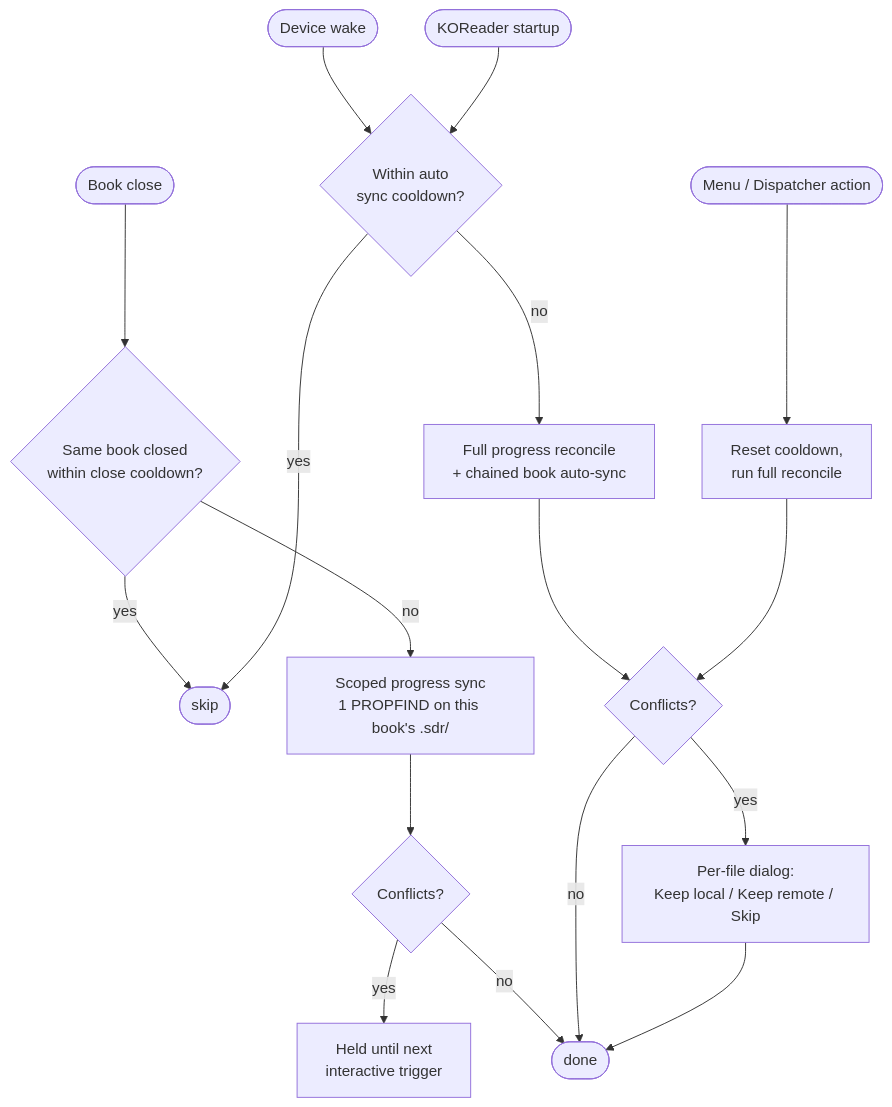
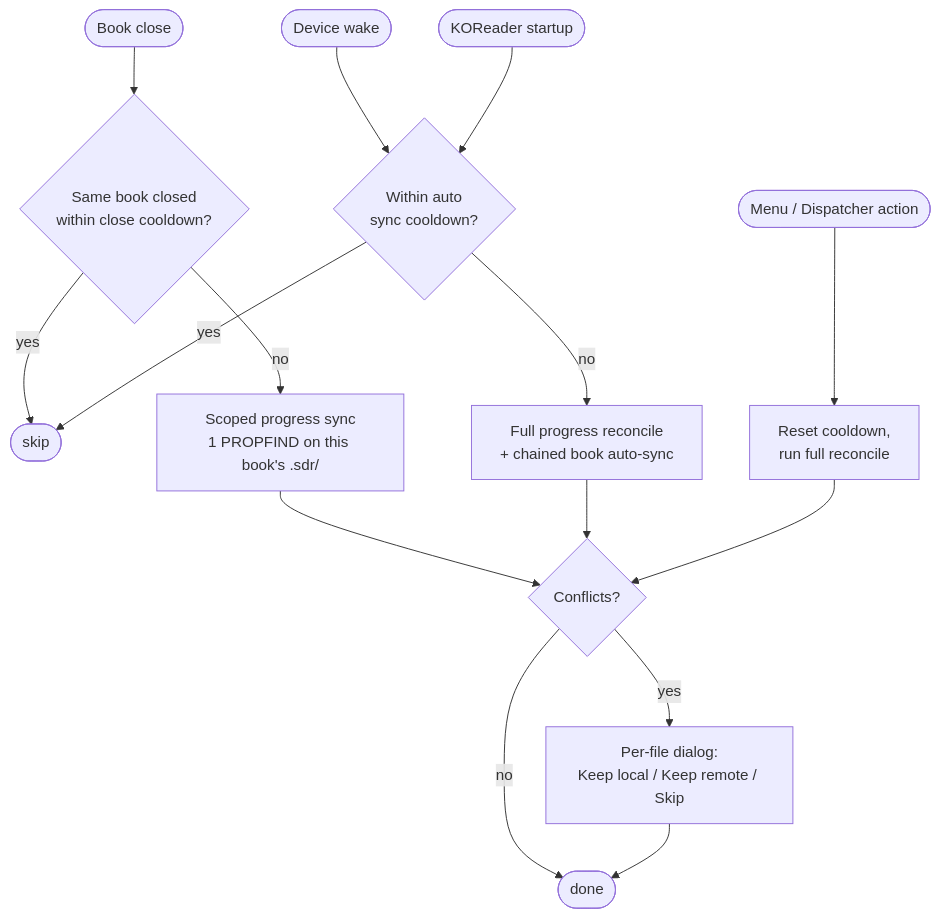
One commit to Alpha3288/webdav-autosync.koplugin changed the diagram in README.md. Above: the diagram before and after it, drawn with Mermaid. The commit also changed other lines of this file, not shown here.

Commit message:
docs: README — close trigger surfaces conflicts immediately (1.8.0+)
The conflict-deferral wording was left over from pre-1.8.0 behavior
where the close trigger silently held conflicts until the next
interactive trigger. Since 1.8.0 every trigger surfaces conflicts via
the per-file dialog as soon as they're detected; line 105 already
mentioned this but five other spots (the auto-trigger bullet, the
two-way bullet, the mermaid diagram, the silent-close note, and the
two-way details section) still described the old behavior. Brings
them all in line.

No behavior change — doc-only.

````diff
--- a/README.md
+++ b/README.md
@@ -25,28 +25,25 @@
 ```mermaid
 flowchart TD
     Close([Book close])
     Resume([Device wake])
     Startup([KOReader startup])
     Manual([Menu / Dispatcher action])
 
     Close --> CG{Same book closed<br/>within close cooldown?}
     CG -- yes --> Skip([skip])
     CG -- no --> Scoped[Scoped progress sync<br/>1 PROPFIND on this book's .sdr/]
 
     Resume --> AG{Within auto<br/>sync cooldown?}
     Startup --> AG
     AG -- yes --> Skip
     AG -- no --> Full[Full progress reconcile<br/>+ chained book auto-sync]
 
     Manual --> Bump[Reset cooldown,<br/>run full reconcile]
 
-    Scoped --> SilentQ{Conflicts?}
-    SilentQ -- yes --> Hold[Held until next<br/>interactive trigger]
-    SilentQ -- no --> Done([done])
-
-    Full --> InterQ{Conflicts?}
-    Bump --> InterQ
-    InterQ -- yes --> Dialog[Per-file dialog:<br/>Keep local / Keep remote / Skip]
-    InterQ -- no --> Done
+    Scoped --> ConflictQ{Conflicts?}
+    Full --> ConflictQ
+    Bump --> ConflictQ
+    ConflictQ -- yes --> Dialog[Per-file dialog:<br/>Keep local / Keep remote / Skip]
+    ConflictQ -- no --> Done([done])
     Dialog --> Done
 ```
````
